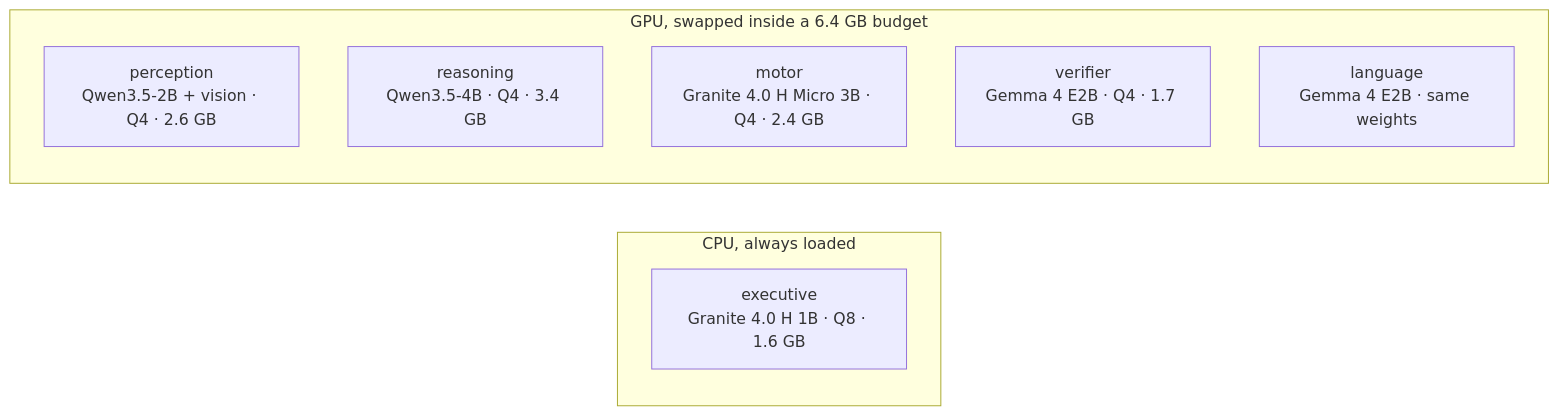
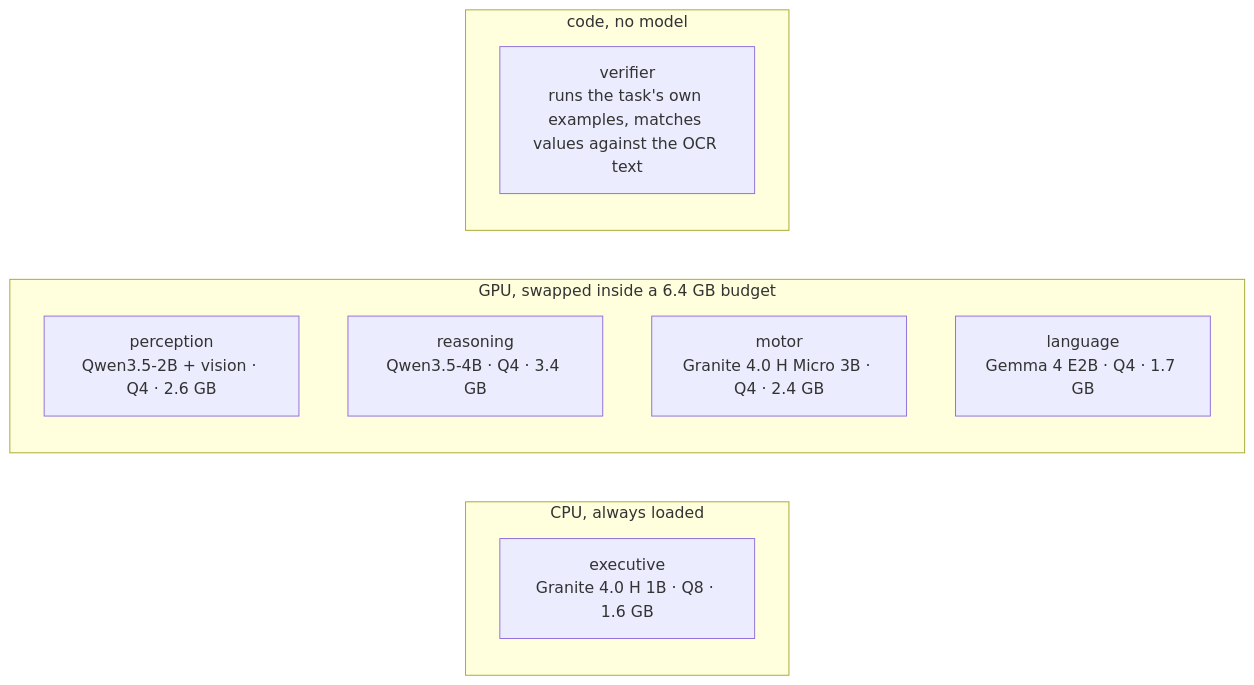
Before and after one commit to VecSzn/lobes: the first of 2 diagrams in README.md, drawn with Mermaid. The commit also changed other lines of this file and 19 other files, not shown here.

````diff
--- a/README.md
+++ b/README.md
@@ -80,13 +63,15 @@
 ```mermaid
 flowchart LR
   subgraph cpu["CPU, always loaded"]
     E["executive<br/>Granite 4.0 H 1B · Q8 · 1.6 GB"]
   end
   subgraph gpu["GPU, swapped inside a 6.4 GB budget"]
     P["perception<br/>Qwen3.5-2B + vision · Q4 · 2.6 GB"]
     R["reasoning<br/>Qwen3.5-4B · Q4 · 3.4 GB"]
     M["motor<br/>Granite 4.0 H Micro 3B · Q4 · 2.4 GB"]
-    V["verifier<br/>Gemma 4 E2B · Q4 · 1.7 GB"]
-    L["language<br/>Gemma 4 E2B · same weights"]
+    L["language<br/>Gemma 4 E2B · Q4 · 1.7 GB"]
+  end
+  subgraph code["code, no model"]
+    V["verifier<br/>runs the task's own examples, matches values against the OCR text"]
   end
 ```
````
